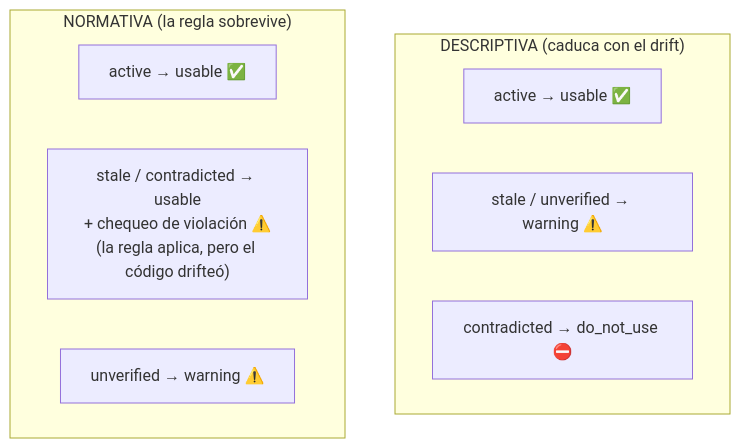
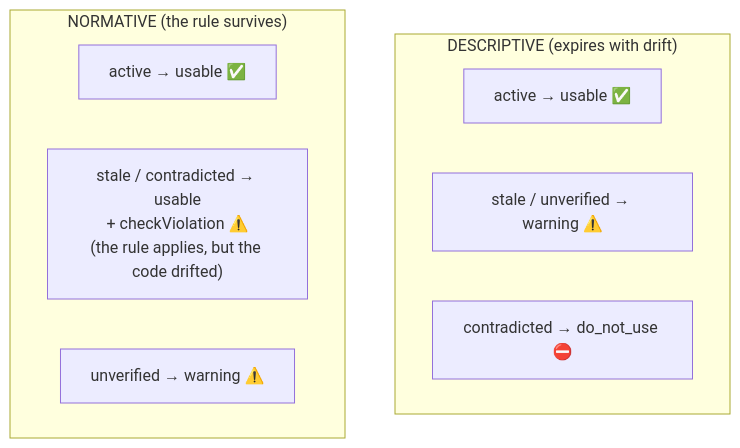
Before and after one commit to Kolimar/leina: the third of 4 diagrams in docs/concepts/05-comunicacion-grafo-memoria.md, drawn with Mermaid. The commit also changed other lines of this file and 27 other files, not shown here.

````diff
--- a/docs/concepts/05-comunicacion-grafo-memoria.md
+++ b/docs/concepts/05-comunicacion-grafo-memoria.md
@@ -108,13 +108,13 @@
 ```mermaid
 flowchart TD
-    subgraph desc["DESCRIPTIVA (caduca con el drift)"]
+    subgraph desc["DESCRIPTIVE (expires with drift)"]
         d1["active → usable ✅"]
         d2["stale / unverified → warning ⚠️"]
         d3["contradicted → do_not_use ⛔"]
     end
-    subgraph norm["NORMATIVA (la regla sobrevive)"]
+    subgraph norm["NORMATIVE (the rule survives)"]
         n1["active → usable ✅"]
-        n2["stale / contradicted → usable<br/>+ chequeo de violación ⚠️<br/>(la regla aplica, pero el código drifteó)"]
+        n2["stale / contradicted → usable<br/>+ checkViolation ⚠️<br/>(the rule applies, but the code drifted)"]
         n3["unverified → warning ⚠️"]
     end
 ```
````
